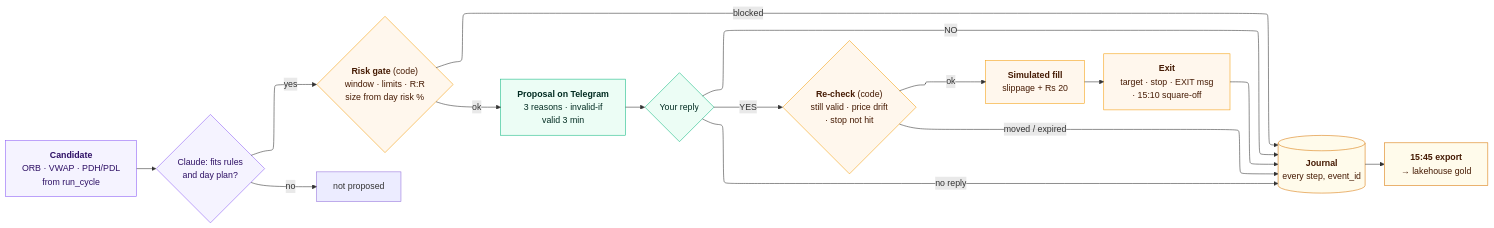
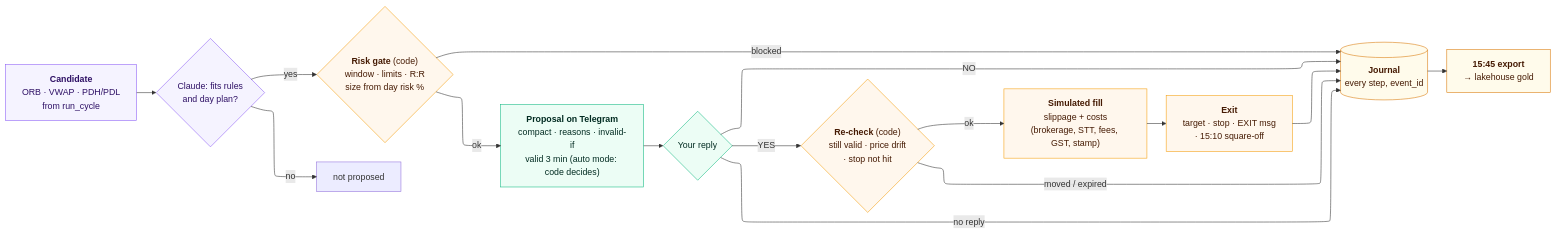
One commit to bumblebee26/paper-trader changed the diagram in docs/diagrams/03_trade_lifecycle.mmd. Above: the diagram before and after it, drawn with Mermaid. The commit also changed 14 other files, not shown here.

```diff
--- a/docs/diagrams/03_trade_lifecycle.mmd
+++ b/docs/diagrams/03_trade_lifecycle.mmd
@@ -1,36 +1,36 @@
 ---
 config:
   layout: elk
 ---
 flowchart LR
     C["<b>Candidate</b><br/>ORB · VWAP · PDH/PDL<br/>from run_cycle"]
     J{"Claude: fits rules<br/>and day plan?"}
     G{"<b>Risk gate</b> (code)<br/>window · limits · R:R<br/>size from day risk %"}
-    P["<b>Proposal on Telegram</b><br/>3 reasons · invalid-if<br/>valid 3 min"]
+    P["<b>Proposal on Telegram</b><br/>compact · reasons · invalid-if<br/>valid 3 min (auto mode: code decides)"]
     D{"Your reply"}
     R{"<b>Re-check</b> (code)<br/>still valid · price drift<br/>· stop not hit"}
-    F["<b>Simulated fill</b><br/>slippage + Rs 20"]
+    F["<b>Simulated fill</b><br/>slippage + costs<br/>(brokerage, STT, fees, GST, stamp)"]
     X["<b>Exit</b><br/>target · stop · EXIT msg<br/>· 15:10 square-off"]
     JN[("<b>Journal</b><br/>every step, event_id")]
     E["<b>15:45 export</b><br/>→ lakehouse gold"]
 
     C --> J
     J -- "no" --> SKIP1["not proposed"]
     J -- "yes" --> G
     G -- "blocked" --> JN
     G -- "ok" --> P --> D
     D -- "NO" --> JN
     D -- "no reply" --> JN
     D -- "YES" --> R
     R -- "moved / expired" --> JN
     R -- "ok" --> F --> X --> JN
     JN --> E
 
     classDef code fill:#fff7ed,stroke:#f59e0b,color:#451a03
     classDef you fill:#ecfdf5,stroke:#10b981,color:#022c22
     classDef claude fill:#f5f3ff,stroke:#8b5cf6,color:#2e1065
     classDef store fill:#fffbeb,stroke:#d97706,color:#451a03
     class G,R,F,X code
     class P,D you
     class C,J claude
     class JN,E store
```
